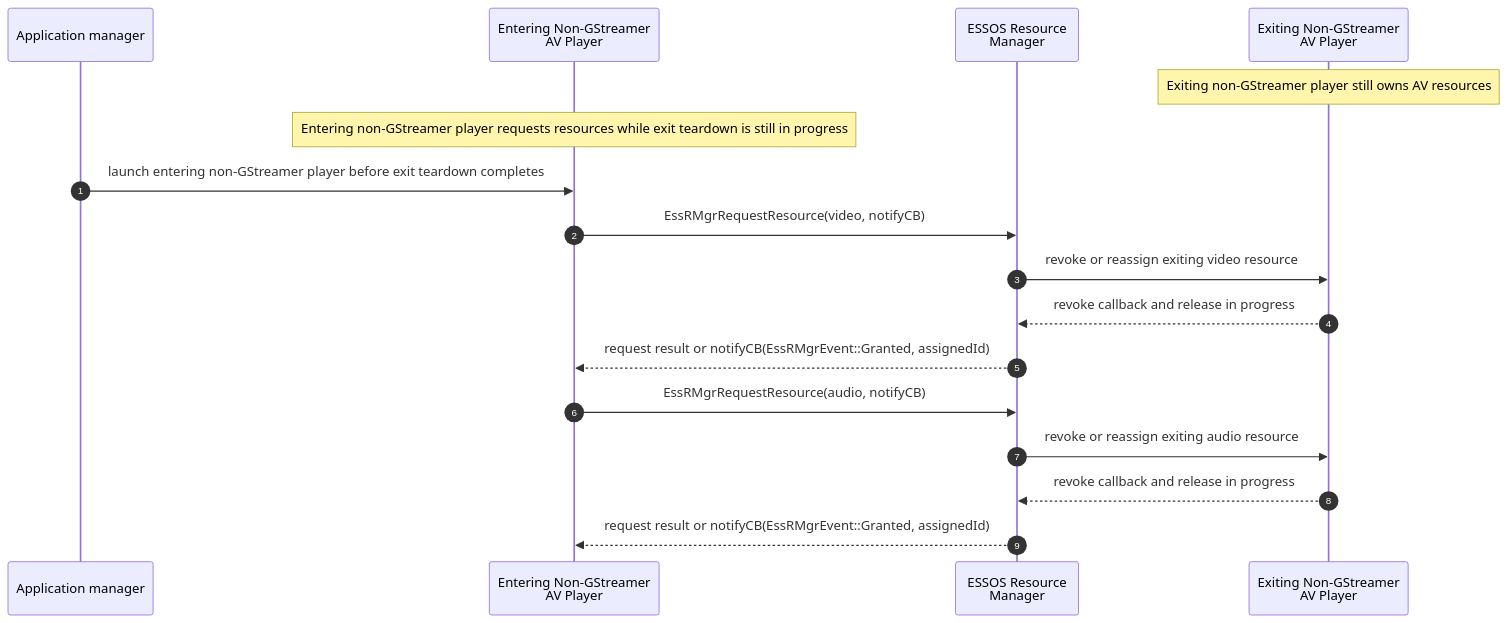
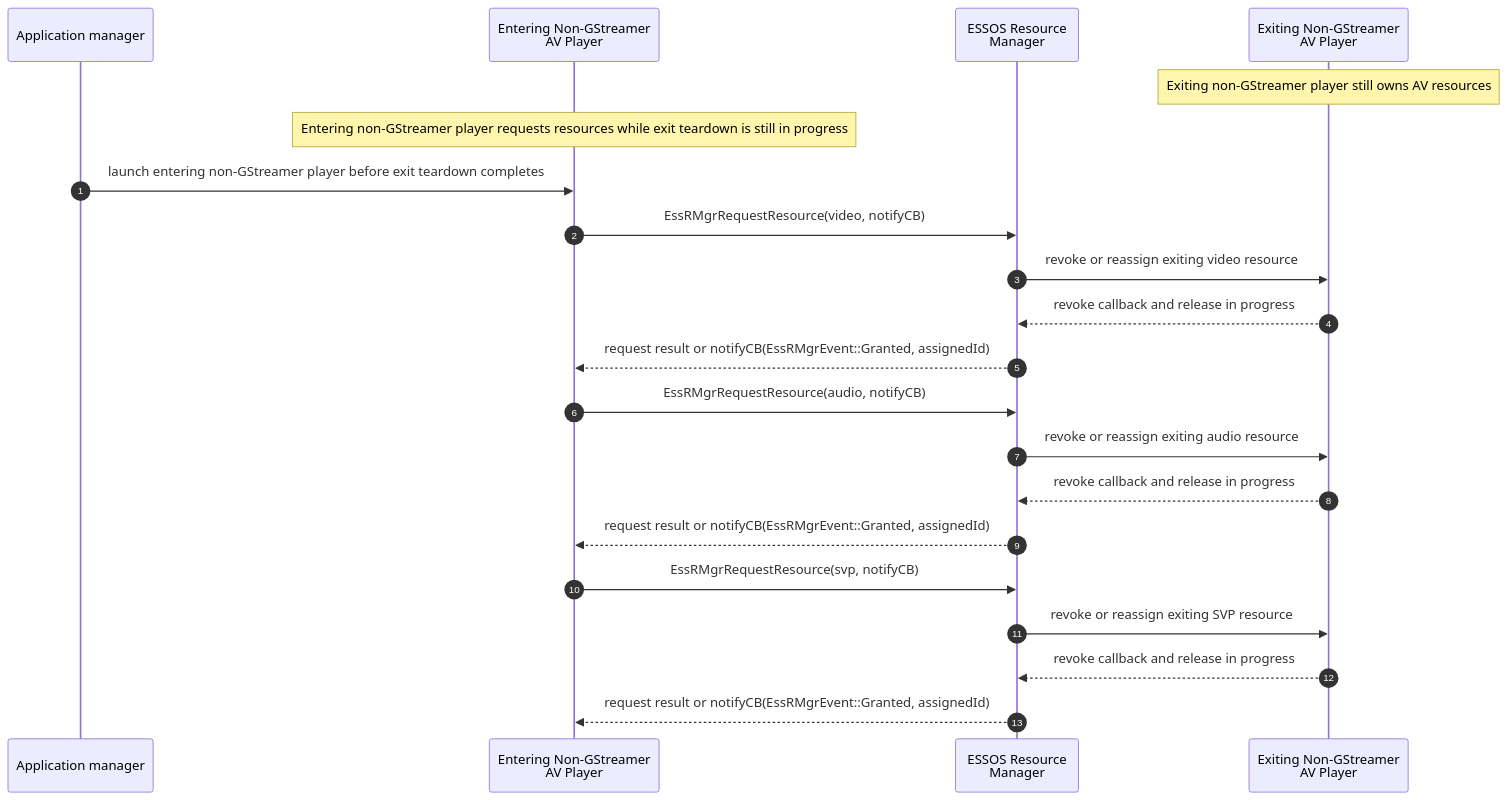
Before and after one commit to rdkcentral/rdk-hpk-documentation: the ninth of 9 diagrams in doc/SPECIFICATION-dual-decode-legacy-av-hal-extension.md, drawn with Mermaid. The commit also changed other lines of this file, not shown here.

Commit message:
gh47 add svp acquire revoke release sequences in section 12 transitions

````diff
--- a/doc/SPECIFICATION-dual-decode-legacy-av-hal-extension.md
+++ b/doc/SPECIFICATION-dual-decode-legacy-av-hal-extension.md
@@ -771,22 +816,27 @@
 ```mermaid
 sequenceDiagram
     autonumber
     participant AM as Application manager
     participant APP_NG_ENTER as Entering Non-GStreamer<br/>AV Player
     participant RM as ESSOS Resource<br/>Manager
     participant APP_NG_EXIT as Exiting Non-GStreamer<br/>AV Player
 
     Note over APP_NG_EXIT: Exiting non-GStreamer player still owns AV resources
     Note over APP_NG_ENTER: Entering non-GStreamer player requests resources while exit teardown is still in progress
 
     AM->>APP_NG_ENTER: launch entering non-GStreamer player before exit teardown completes
     APP_NG_ENTER->>RM: EssRMgrRequestResource(video, notifyCB)
     RM->>APP_NG_EXIT: revoke or reassign exiting video resource
     APP_NG_EXIT-->>RM: revoke callback and release in progress
     RM-->>APP_NG_ENTER: request result or notifyCB(EssRMgrEvent::Granted, assignedId)
 
     APP_NG_ENTER->>RM: EssRMgrRequestResource(audio, notifyCB)
     RM->>APP_NG_EXIT: revoke or reassign exiting audio resource
     APP_NG_EXIT-->>RM: revoke callback and release in progress
     RM-->>APP_NG_ENTER: request result or notifyCB(EssRMgrEvent::Granted, assignedId)
+
+    APP_NG_ENTER->>RM: EssRMgrRequestResource(svp, notifyCB)
+    RM->>APP_NG_EXIT: revoke or reassign exiting SVP resource
+    APP_NG_EXIT-->>RM: revoke callback and release in progress
+    RM-->>APP_NG_ENTER: request result or notifyCB(EssRMgrEvent::Granted, assignedId)
 ```
````
